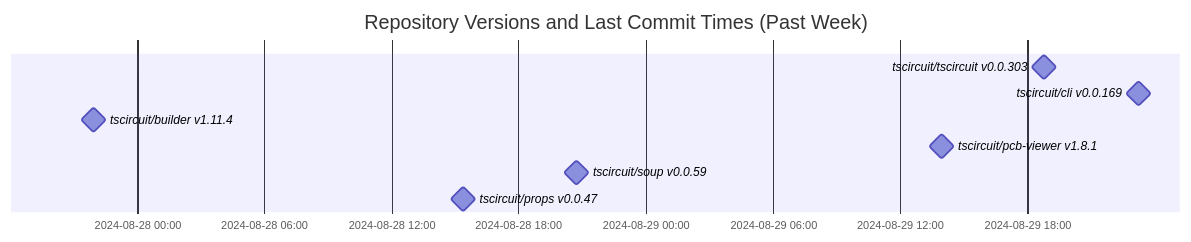
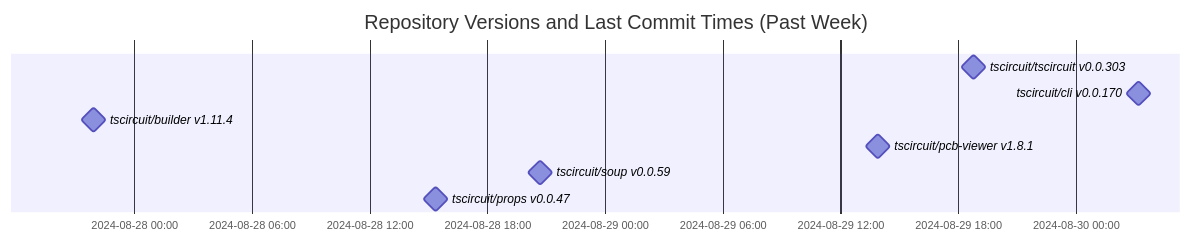
Before and after one commit to tscircuit/version-tracker: the diagram in README.md, drawn with Mermaid.

Commit message:
Update chart

````diff
--- a/README.md
+++ b/README.md
@@ -1,13 +1,13 @@
 ```mermaid
 gantt
   dateFormat  YYYY-MM-DD HH:mm:ss
   title Repository Versions and Last Commit Times (Past Week)
   axisFormat %Y-%m-%d %H:%M
 
   tscircuit/tscircuit v0.0.303 : milestone, 2024-08-29 18:47:58, 1s
-  tscircuit/cli v0.0.169 : milestone, 2024-08-29 23:15:23, 1s
+  tscircuit/cli v0.0.170 : milestone, 2024-08-30 03:13:02, 1s
   tscircuit/builder v1.11.4 : milestone, 2024-08-27 21:56:45, 1s
   tscircuit/pcb-viewer v1.8.1 : milestone, 2024-08-29 13:56:55, 1s
   tscircuit/soup v0.0.59 : milestone, 2024-08-28 20:42:30, 1s
   tscircuit/props v0.0.47 : milestone, 2024-08-28 15:22:20, 1s
 ```
````
